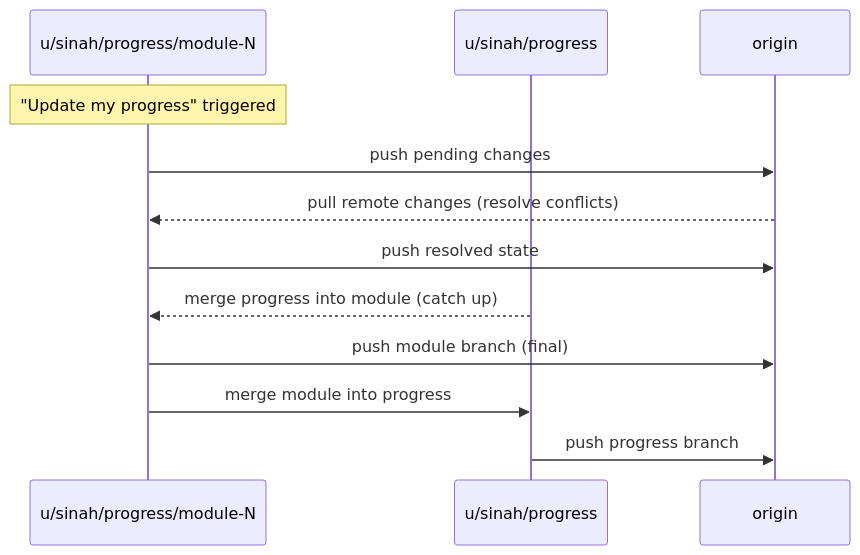
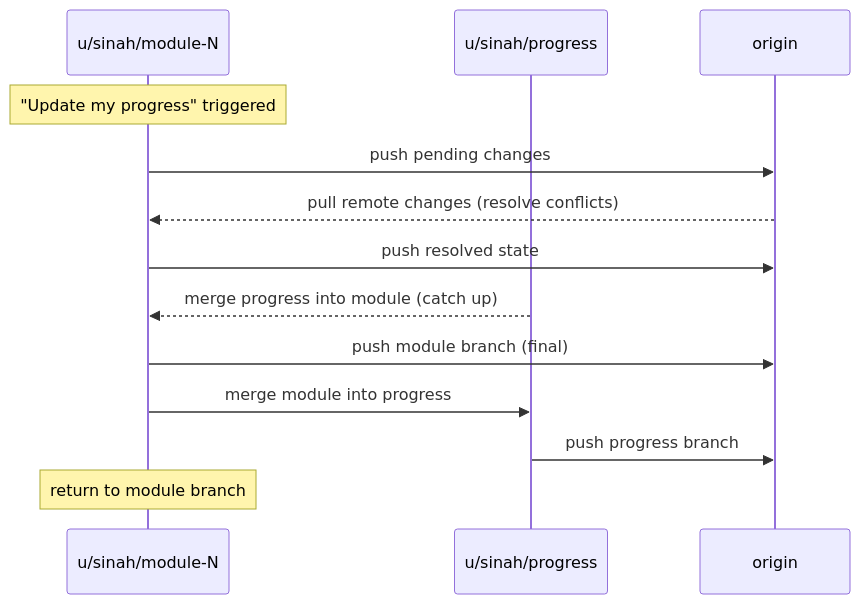
Before and after one commit to chaoticsoftware/learning: the diagram in README.md, drawn with Mermaid. The commit also changed other lines of this file and 1 other file, not shown here.

First line of the commit message:
meta: rename module branches, add auto-save and silent git rules

````diff
--- a/README.md
+++ b/README.md
@@ -93,15 +103,16 @@
 ```mermaid
 sequenceDiagram
-    participant MB as u/sinah/progress/module-N
+    participant MB as u/sinah/module-N
     participant PB as u/sinah/progress
     participant R  as origin
 
     Note over MB: "Update my progress" triggered
     MB->>R: push pending changes
     R-->>MB: pull remote changes (resolve conflicts)
     MB->>R: push resolved state
     PB-->>MB: merge progress into module (catch up)
     MB->>R: push module branch (final)
     MB->>PB: merge module into progress
     PB->>R: push progress branch
+    Note over MB: return to module branch
 ```
````
